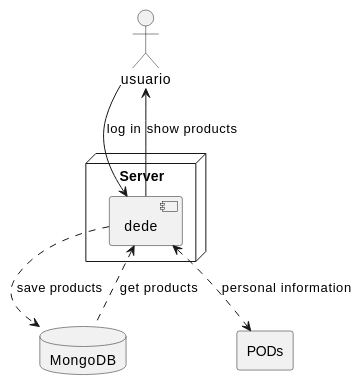
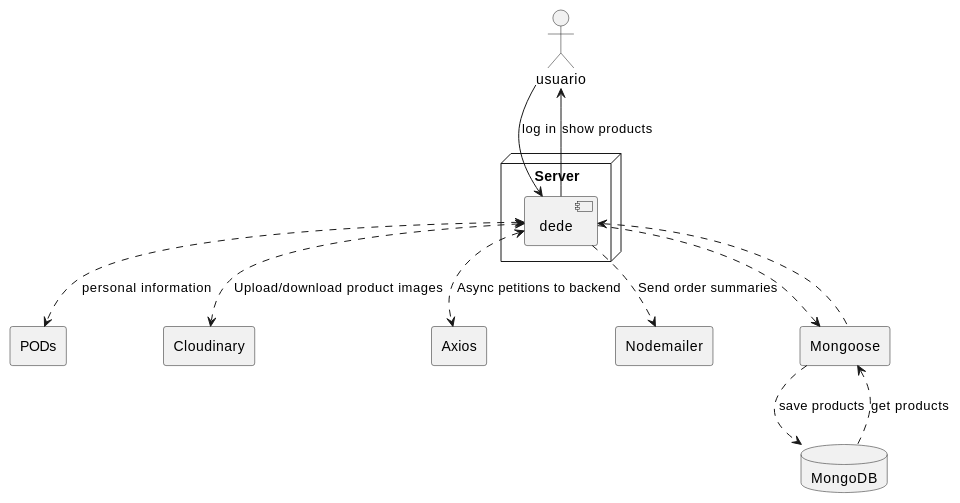
Before and after one commit to Arquisoft/Arquisoft-dede_es_04a: the diagram in docs/03_system_scope_and_context.adoc, drawn with PlantUML. The commit also changed other lines of this file, not shown here.

Commit message:
Adaptaciones de contenido
Modificados tanto el diagrama UML como el contenido textual para que vayan acorde al proyecto desarrollado

```diff
--- a/docs/03_system_scope_and_context.adoc
+++ b/docs/03_system_scope_and_context.adoc
@@ -20,17 +20,26 @@
 [plantuml,"Context",png]
 ----
 @startuml
 node "Server" {
     [dede]
  }
 database MongoDB
 Actor usuario
 rectangle PODs
+rectangle Cloudinary
+rectangle Axios
+rectangle Nodemailer
+rectangle Mongoose
 
 usuario --> [dede]: log in
 [dede] --> usuario: show products
-[dede] ..> MongoDB : save products
-[dede] <.. MongoDB : get products
+Mongoose ..> MongoDB : save products
+Mongoose <.. MongoDB : get products
 [dede] <..> PODs : personal information
+[dede] <..> Cloudinary: Upload/download product images
+[dede] <..> Axios: Async petitions to backend
+[dede] ..> Nodemailer: Send order summaries
+[dede] ..> Mongoose
+[dede] <.. Mongoose
 @enduml
 ----
```
